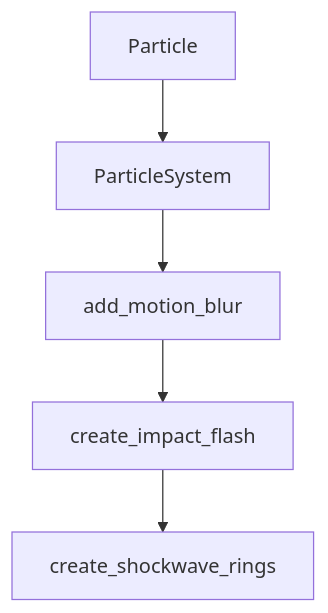
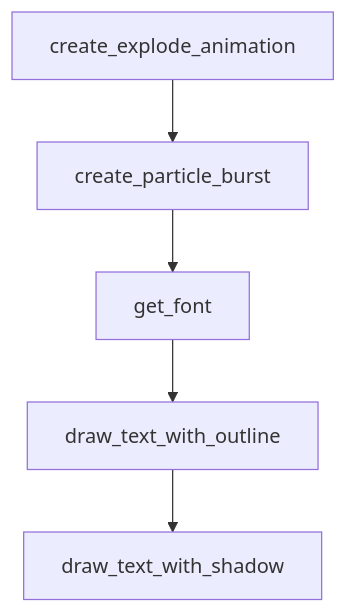
Before and after one commit to johnxie/awesome-code-docs: the diagram in tutorials/awesome-claude-skills-tutorial/01-getting-started.md, drawn with Mermaid. The commit also changed other lines of this file and 1232 other files, not shown here.

````diff
--- a/tutorials/awesome-claude-skills-tutorial/01-getting-started.md
+++ b/tutorials/awesome-claude-skills-tutorial/01-getting-started.md
@@ -212,12 +210,12 @@
 ```mermaid
 flowchart TD
-    A[Particle]
-    B[ParticleSystem]
-    C[add_motion_blur]
-    D[create_impact_flash]
-    E[create_shockwave_rings]
+    A[create_explode_animation]
+    B[create_particle_burst]
+    C[get_font]
+    D[draw_text_with_outline]
+    E[draw_text_with_shadow]
     A --> B
     B --> C
     C --> D
     D --> E
 ```
````
